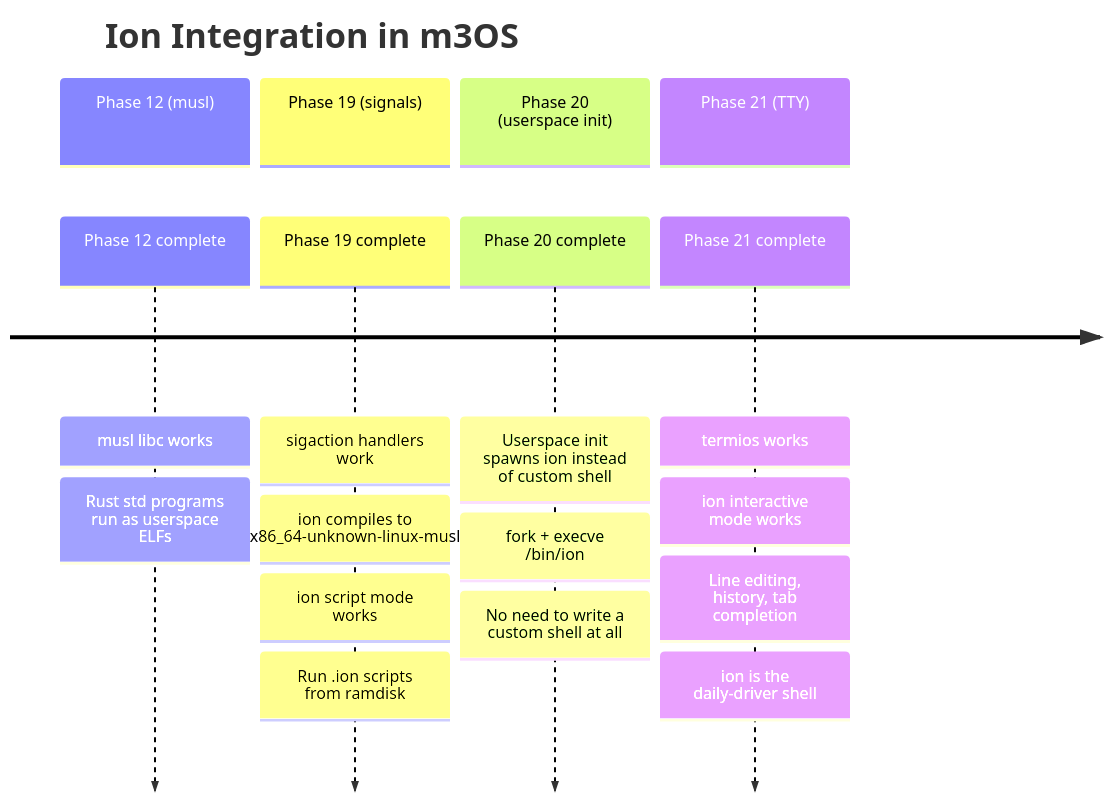
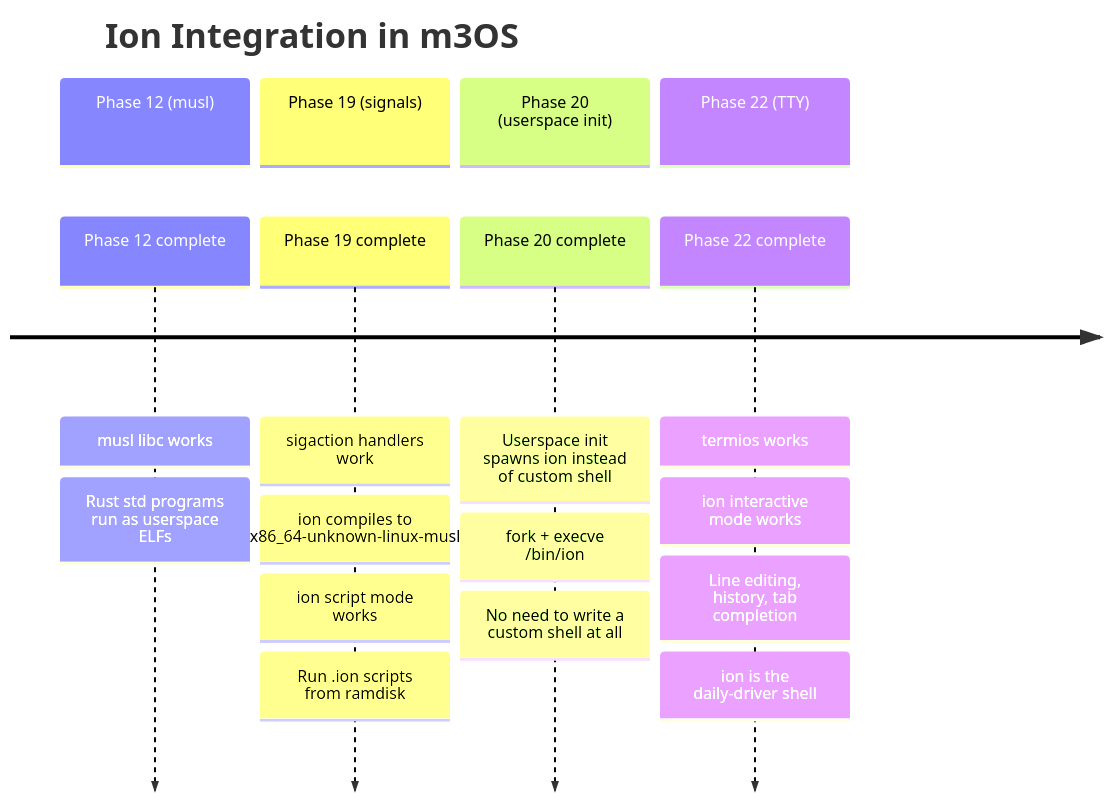
One commit to mikecubed/m3OS changed the second of 3 diagrams in docs/shell/alternative-shells.md. Above: the diagram before and after it, drawn with Mermaid. The commit also changed other lines of this file and 14 other files, not shown here.

````diff
--- a/docs/shell/alternative-shells.md
+++ b/docs/shell/alternative-shells.md
@@ -127,21 +127,21 @@
 ```mermaid
 timeline
     title Ion Integration in m3OS
     section Phase 12 (musl)
         Phase 12 complete : musl libc works
                           : Rust std programs run as userspace ELFs
     section Phase 19 (signals)
         Phase 19 complete : sigaction handlers work
                           : ion compiles to x86_64-unknown-linux-musl
                           : ion script mode works
                           : Run .ion scripts from ramdisk
     section Phase 20 (userspace init)
         Phase 20 complete : Userspace init spawns ion instead of custom shell
                           : fork + execve /bin/ion
                           : No need to write a custom shell at all
-    section Phase 21 (TTY)
-        Phase 21 complete : termios works
+    section Phase 22 (TTY)
+        Phase 22 complete : termios works
                           : ion interactive mode works
                           : Line editing, history, tab completion
                           : ion is the daily-driver shell
 ```
````
